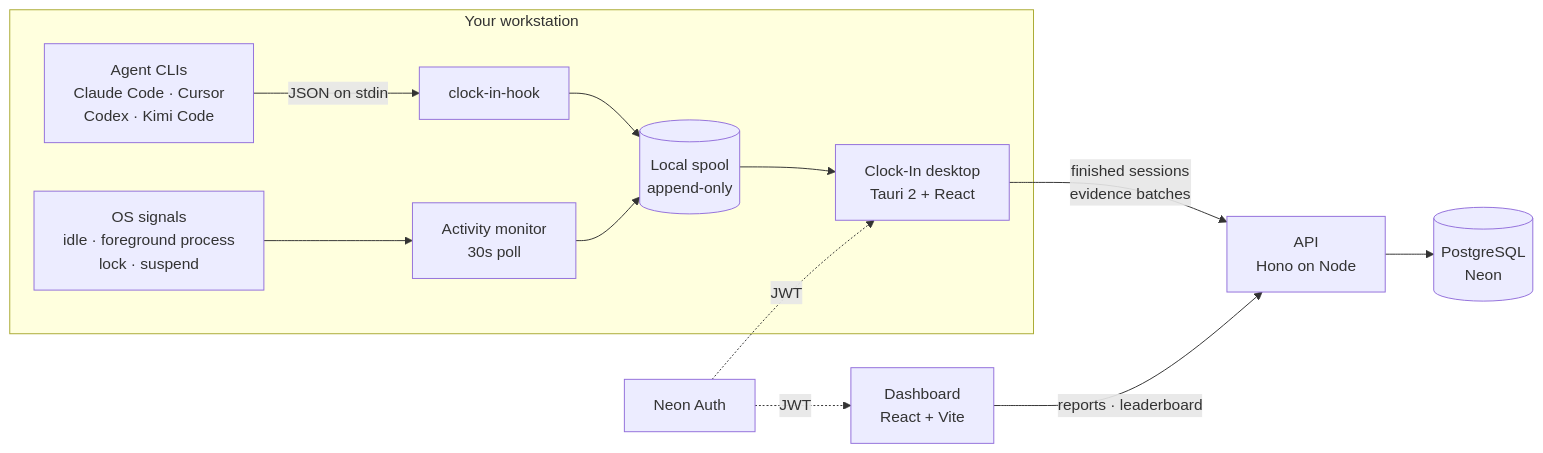
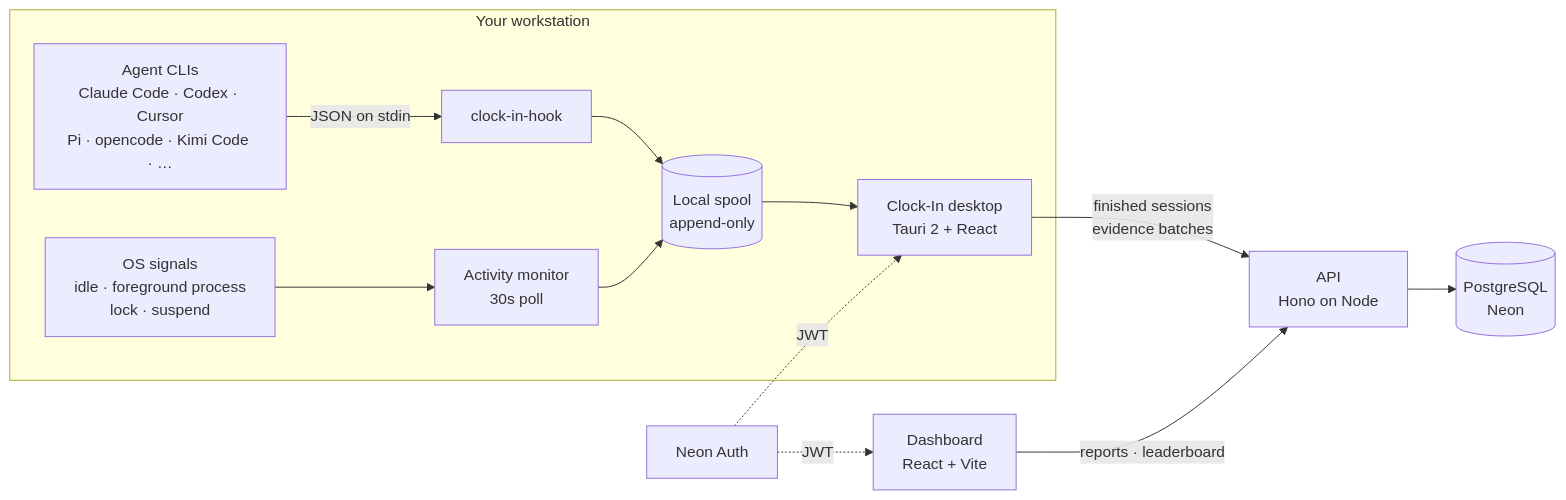
One commit to fpresta0607/Clock-In changed the diagram in README.md. Above: the diagram before and after it, drawn with Mermaid. The commit also changed other lines of this file and 31 other files, not shown here.

````diff
--- a/README.md
+++ b/README.md
@@ -49,16 +51,16 @@
 ```mermaid
 flowchart LR
     subgraph WS["Your workstation"]
-        CLI["Agent CLIs<br/>Claude Code · Cursor<br/>Codex · Kimi Code"] -->|"JSON on stdin"| HOOK["clock-in-hook"]
+        CLI["Agent CLIs<br/>Claude Code · Codex · Cursor<br/>Pi · opencode · Kimi Code · …"] -->|"JSON on stdin"| HOOK["clock-in-hook"]
         OS["OS signals<br/>idle · foreground process<br/>lock · suspend"] --> MON["Activity monitor<br/>30s poll"]
         HOOK --> SPOOL[("Local spool<br/>append-only")]
         MON --> SPOOL
         SPOOL --> APP["Clock-In desktop<br/>Tauri 2 + React"]
     end
 
     APP -->|"finished sessions<br/>evidence batches"| API["API<br/>Hono on Node"]
     WEB["Dashboard<br/>React + Vite"] -->|"reports · leaderboard"| API
     API --> DB[("PostgreSQL<br/>Neon")]
     AUTH["Neon Auth"] -.->|"JWT"| APP
     AUTH -.->|"JWT"| WEB
 ```
````
